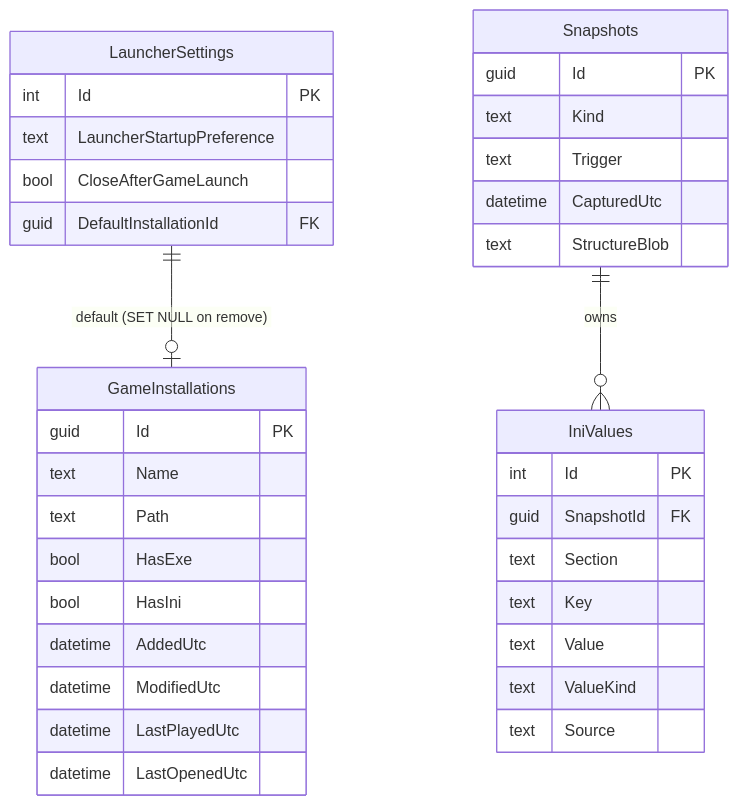
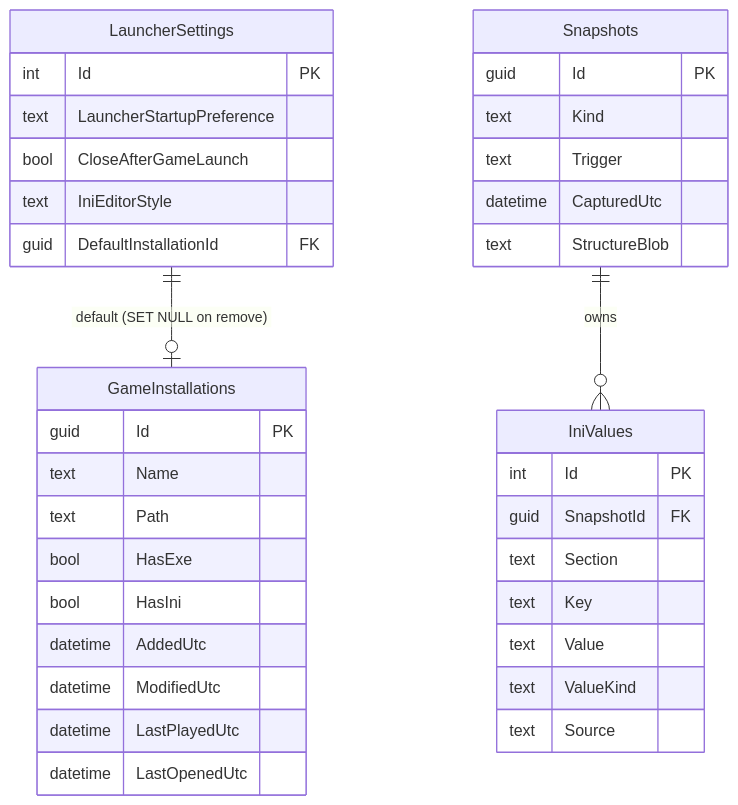
One commit to JustinianErdmier/Erdmier.ZooTycoonLauncher changed the second of 4 diagrams in Docs/Specs/1-zoo-tycoon-launcher-master-design.md. Above: the diagram before and after it, drawn with Mermaid. The commit also changed other lines of this file and 3 other files, not shown here.

Commit message:
docs(📝): design and plan milestone 12 — INI editor display style

````diff
--- a/Docs/Specs/1-zoo-tycoon-launcher-master-design.md
+++ b/Docs/Specs/1-zoo-tycoon-launcher-master-design.md
@@ -527,38 +537,39 @@
 ```mermaid  
 erDiagram  
     LauncherSettings {  
         int Id PK  
         text LauncherStartupPreference  
         bool CloseAfterGameLaunch  
+        text IniEditorStyle  
         guid DefaultInstallationId FK  
     }  
     GameInstallations {  
         guid Id PK  
         text Name  
         text Path  
         bool HasExe  
         bool HasIni  
         datetime AddedUtc  
         datetime ModifiedUtc  
         datetime LastPlayedUtc  
         datetime LastOpenedUtc  
     }  
     Snapshots {  
         guid Id PK  
         text Kind  
         text Trigger  
         datetime CapturedUtc  
         text StructureBlob  
     }  
     IniValues {  
         int Id PK  
         guid SnapshotId FK  
         text Section  
         text Key  
         text Value  
         text ValueKind  
         text Source  
     }  
     LauncherSettings ||--o| GameInstallations : "default (SET NULL on remove)"  
     Snapshots ||--o{ IniValues : "owns"  
 ```  
````
